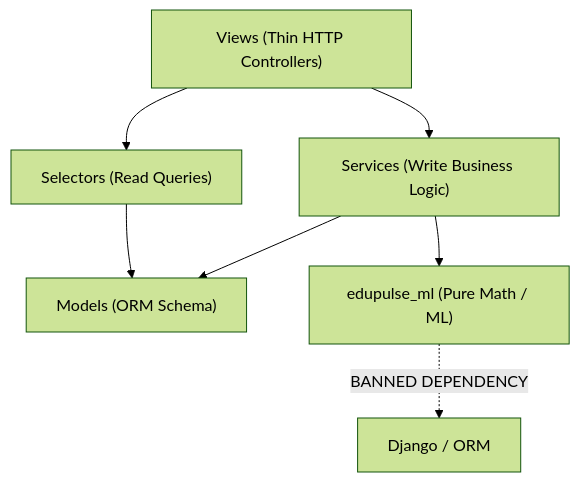
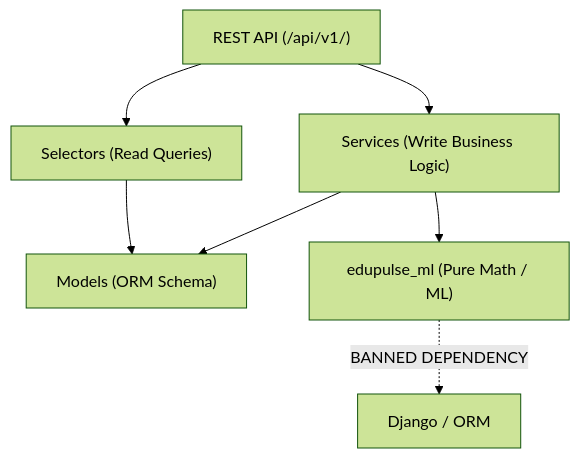
The diagram in docs/ARCHITECTURE.md (AmanYdv77/edupulse), drawn with Mermaid (forest theme) before and after one commit. The commit also changed other lines of this file and 45 other files, not shown here.

````diff
--- a/docs/ARCHITECTURE.md
+++ b/docs/ARCHITECTURE.md
@@ -84,9 +88,9 @@
 ```mermaid
 graph TD
-    Views["Views (Thin HTTP Controllers)"] --> Selectors["Selectors (Read Queries)"]
-    Views --> Services["Services (Write Business Logic)"]
+    API["REST API (/api/v1/)"] --> Selectors["Selectors (Read Queries)"]
+    API --> Services["Services (Write Business Logic)"]
     Selectors --> Models["Models (ORM Schema)"]
     Services --> Models
     Services --> EduPulseML["edupulse_ml (Pure Math / ML)"]
     EduPulseML -.->|BANNED DEPENDENCY| DjangoFramework["Django / ORM"]
 ```
````
